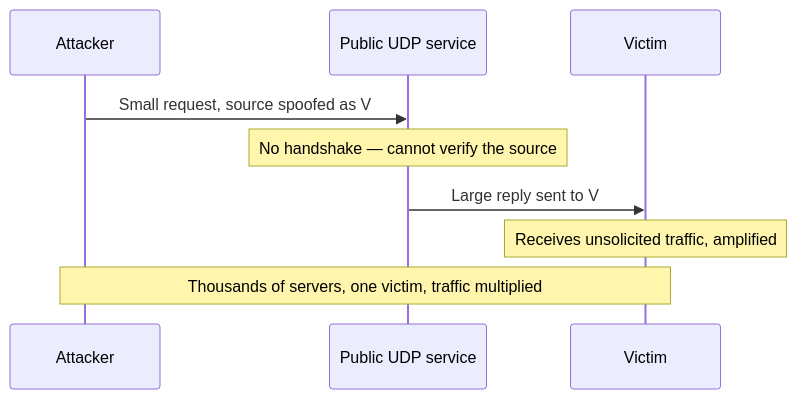
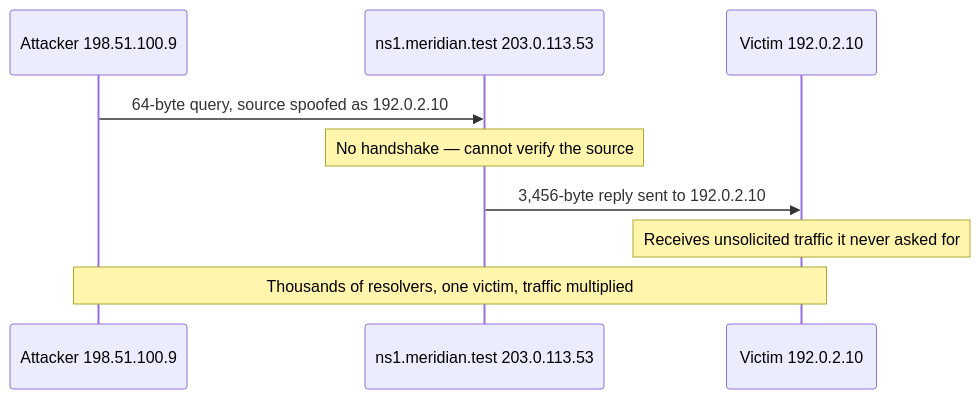
One commit to nnr-root/cybersec-crook2root-notes changed the second of 2 diagrams in Networking/Transport Layer & Sockets/UDP & Connectionless Transport.md. Above: the diagram before and after it, drawn with Mermaid. The commit also changed other lines of this file and 6 other files, not shown here.

````diff
--- a/Networking/Transport Layer & Sockets/UDP & Connectionless Transport.md
+++ b/Networking/Transport Layer & Sockets/UDP & Connectionless Transport.md
@@ -113,11 +113,11 @@
 ```mermaid
 sequenceDiagram
-    participant A as Attacker
-    participant S as Public UDP service
-    participant V as Victim
-    A->>S: Small request, source spoofed as V
+    participant A as Attacker 198.51.100.9
+    participant S as ns1.meridian.test 203.0.113.53
+    participant V as Victim 192.0.2.10
+    A->>S: 64-byte query, source spoofed as 192.0.2.10
     Note over S: No handshake — cannot verify the source
-    S->>V: Large reply sent to V
-    Note over V: Receives unsolicited traffic, amplified
-    Note over A,V: Thousands of servers, one victim, traffic multiplied
+    S->>V: 3,456-byte reply sent to 192.0.2.10
+    Note over V: Receives unsolicited traffic it never asked for
+    Note over A,V: Thousands of resolvers, one victim, traffic multiplied
 ```
````
